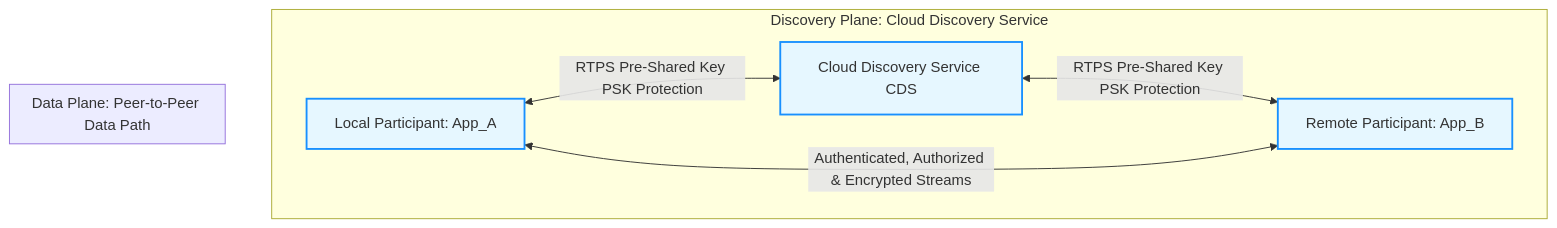
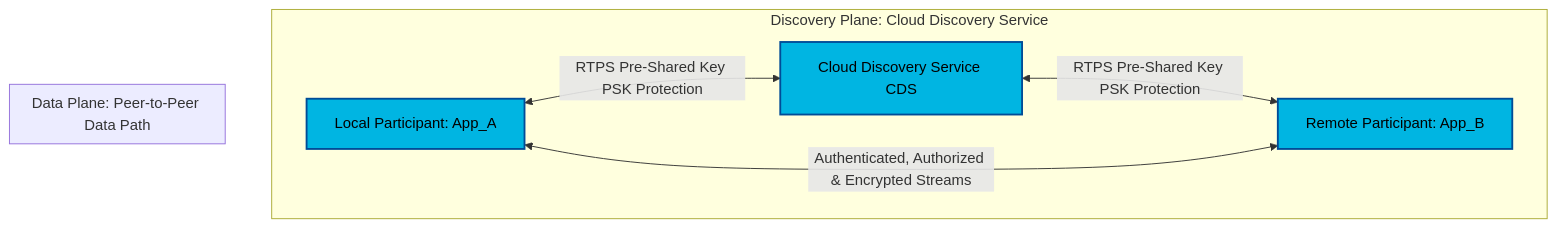
One commit to ajmhs/connext_appliance changed the third of 6 diagrams in examples/4. Security/README.md. Above: the diagram before and after it, drawn with Mermaid. The commit also changed other lines of this file and 8 other files, not shown here.

````diff
--- a/examples/4. Security/README.md
+++ b/examples/4. Security/README.md
@@ -35,14 +65,14 @@
 ```mermaid
 graph TD
     subgraph Discovery [Discovery Plane: Cloud Discovery Service]
         App_A[Local Participant: App_A] <-->|RTPS Pre-Shared Key PSK Protection| CDS[Cloud Discovery Service CDS]
         CDS <-->|RTPS Pre-Shared Key PSK Protection| App_B[Remote Participant: App_B]
     end
 
     subgraph DataPlane [Data Plane: Peer-to-Peer Data Path]
         App_A <-->|Authenticated, Authorized & Encrypted Streams| App_B
     end
 
-    classDef secure fill:#e6f7ff,stroke:#1890ff,stroke-width:2px;
+    classDef secure fill:#00B5E2,stroke:#004C97,stroke-width:2px,color:#000;
     class App_A,App_B,CDS secure;
 ```
````
